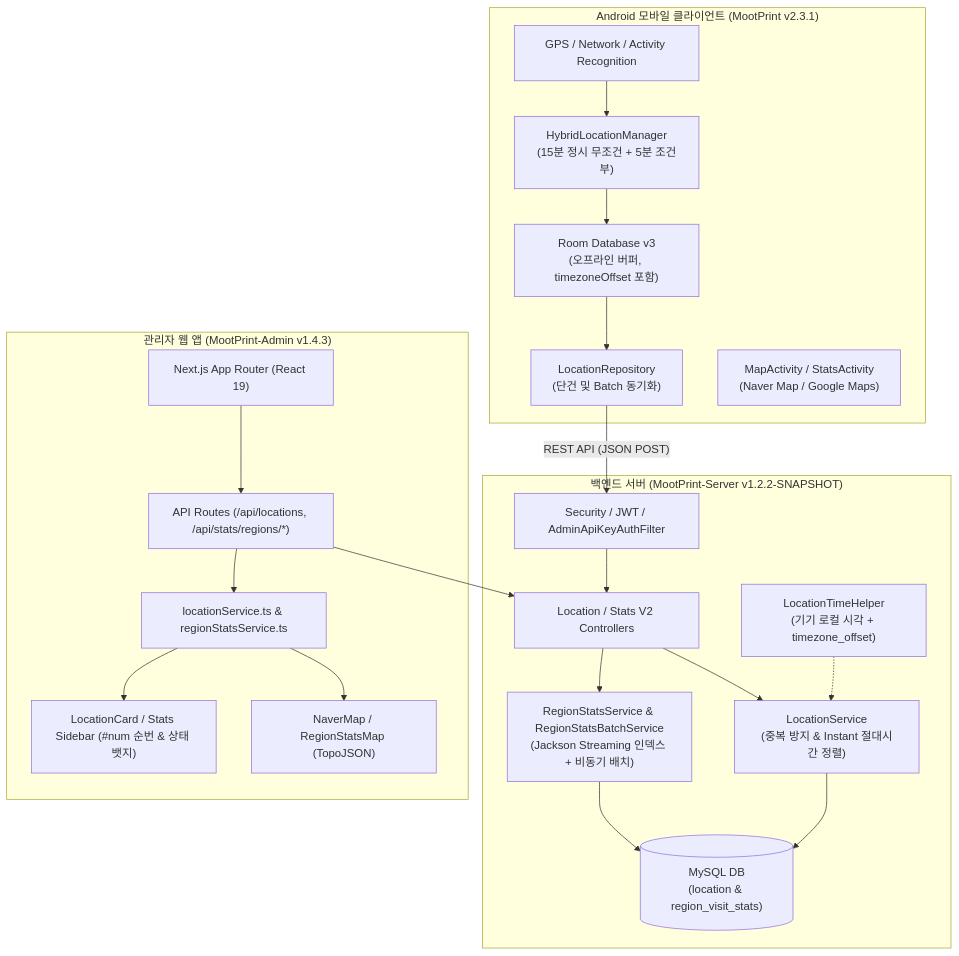
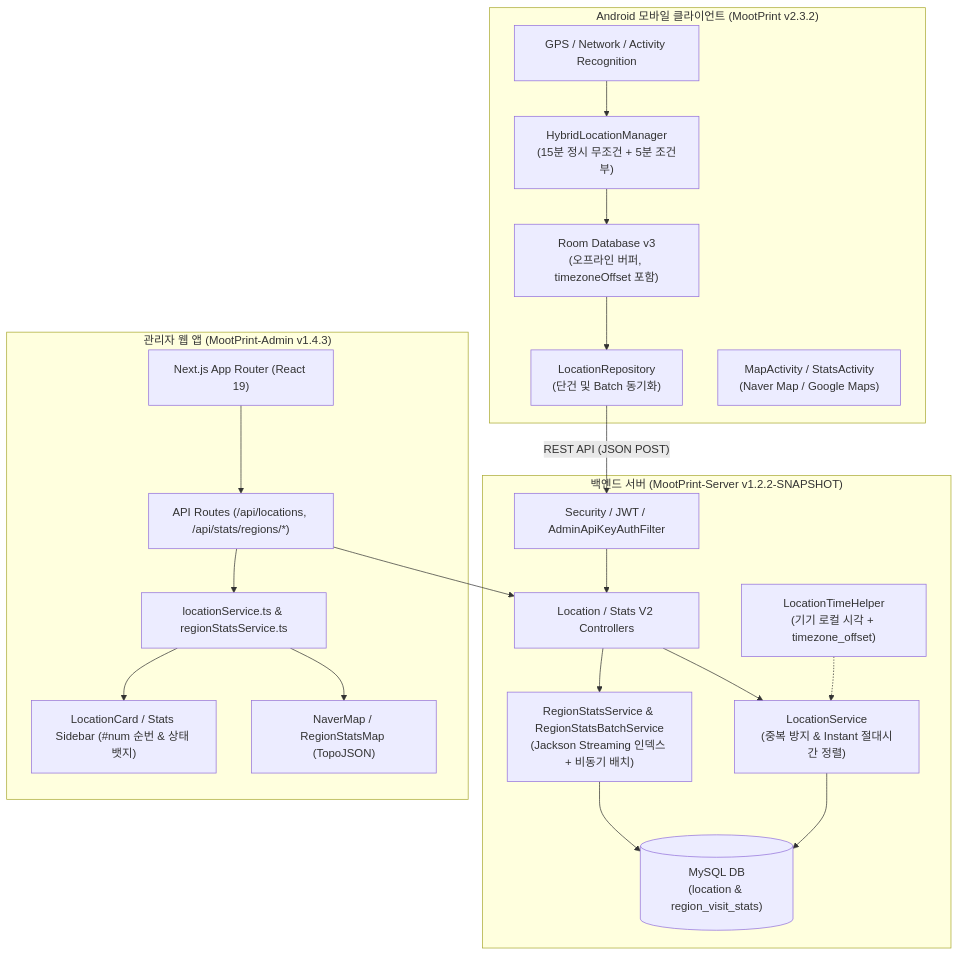
The diagram in README.md (mukhoplus/MootPrint-Archive), drawn with Mermaid before and after one commit. The commit also changed other lines of this file, not shown here.

````diff
--- a/README.md
+++ b/README.md
@@ -13,34 +13,34 @@
 ```mermaid
 flowchart TD
-    subgraph Client ["Android 모바일 클라이언트 (MootPrint v2.3.1)"]
+    subgraph Client ["Android 모바일 클라이언트 (MootPrint v2.3.2)"]
         Sensors["GPS / Network / Activity Recognition"] --> Tracker["HybridLocationManager\n(15분 정시 무조건 + 5분 조건부)"]
         Tracker --> RoomDB["Room Database v3\n(오프라인 버퍼, timezoneOffset 포함)"]
         RoomDB --> SyncEngine["LocationRepository\n(단건 및 Batch 동기화)"]
         UI_App["MapActivity / StatsActivity\n(Naver Map / Google Maps)"]
     end
 
     subgraph Server ["백엔드 서버 (MootPrint-Server v1.2.2-SNAPSHOT)"]
         AuthFilter["Security / JWT / AdminApiKeyAuthFilter"] --> Controller["Location / Stats V2 Controllers"]
         Controller --> Service["LocationService\n(중복 방지 & Instant 절대시간 정렬)"]
         Controller --> StatsSvc["RegionStatsService & RegionStatsBatchService\n(Jackson Streaming 인덱스 + 비동기 배치)"]
         Service --> MySQL[("MySQL DB\n(location & region_visit_stats)")]
         StatsSvc --> MySQL
         TimeHelper["LocationTimeHelper\n(기기 로컬 시각 + timezone_offset)"] -.-> Service
     end
 
     subgraph Admin ["관리자 웹 앱 (MootPrint-Admin v1.4.3)"]
         WebPage["Next.js App Router (React 19)"]
         Proxy["API Routes (/api/locations, /api/stats/regions/*)"]
         SortEngine["locationService.ts & regionStatsService.ts"]
         MapDisplay["NaverMap / RegionStatsMap (TopoJSON)"]
         CardDisplay["LocationCard / Stats Sidebar (#num 순번 & 상태 뱃지)"]
 
         WebPage --> Proxy
         Proxy --> Controller
         Proxy --> SortEngine
         SortEngine --> MapDisplay
         SortEngine --> CardDisplay
     end
 
     SyncEngine -- "REST API (JSON POST)" --> AuthFilter
 ```
````
